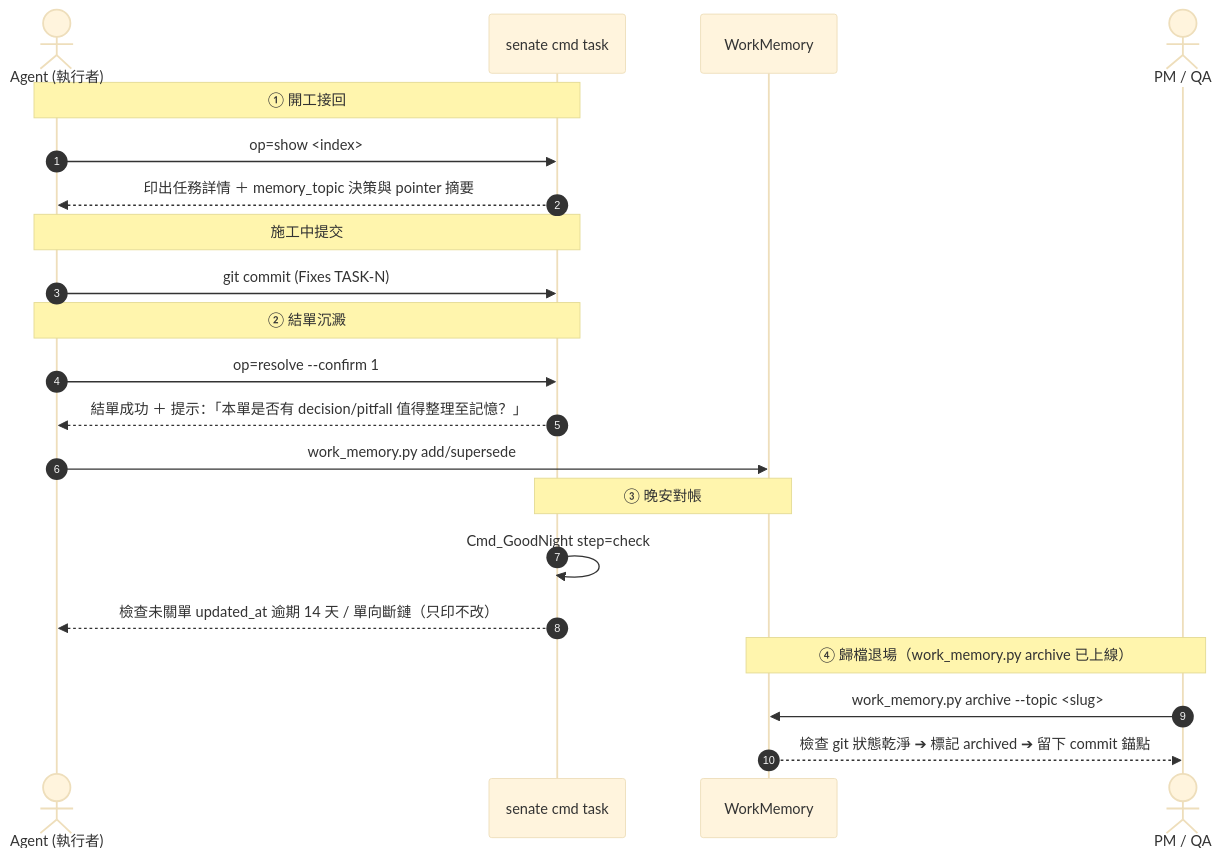
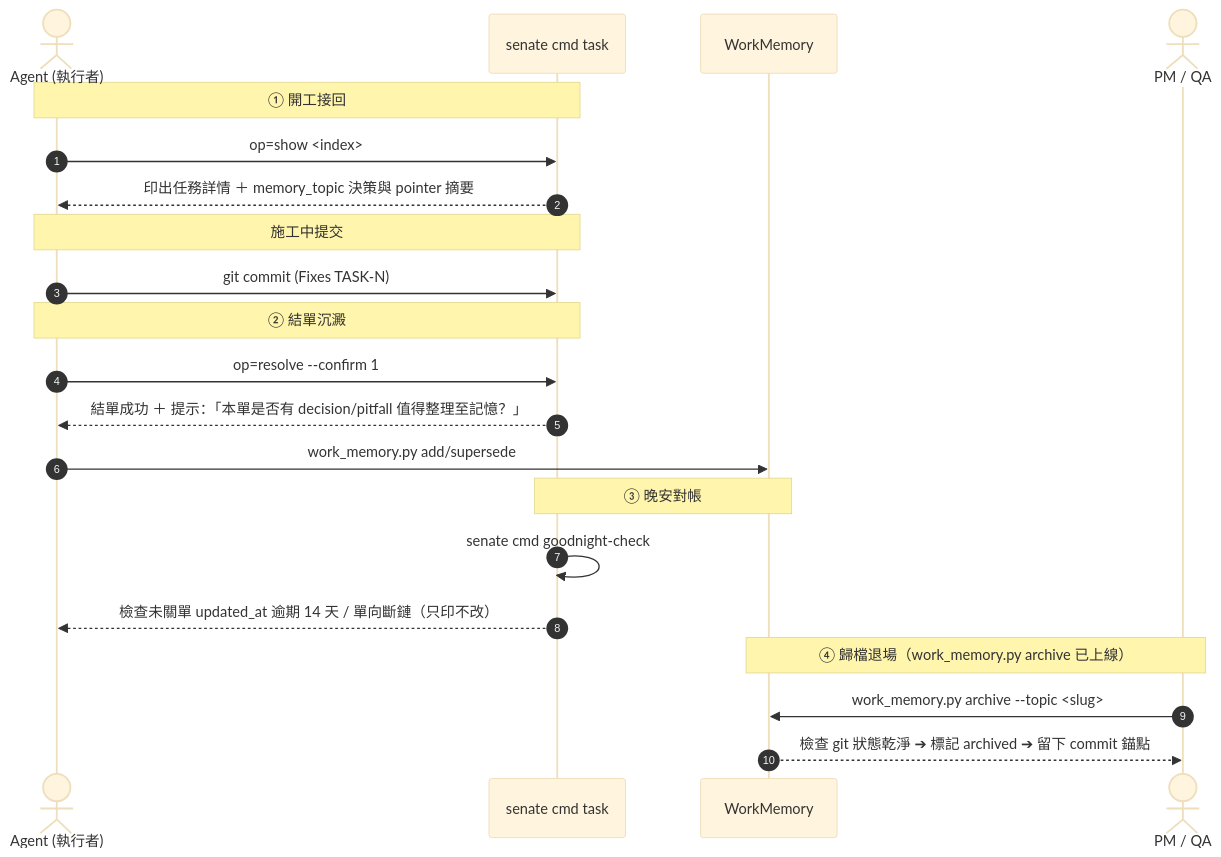
Before and after one commit to tim099/UCL_Core: the diagram in Docs~/zh-Hant/Workflows/Task_Management_Workflow.md, drawn with Mermaid (base theme). The commit also changed other lines of this file and 56 other files, not shown here.

First line of the commit message:
refactor(agentcmd): 刪掉已被 Senate 取代或零呼叫端的 Unity Cmd —— 七支整支刪、早晚安只留 Senate 還在委派的步驟（TASK-0353）

````diff
--- a/Docs~/zh-Hant/Workflows/Task_Management_Workflow.md
+++ b/Docs~/zh-Hant/Workflows/Task_Management_Workflow.md
@@ -389,28 +389,28 @@
 ```mermaid
 sequenceDiagram
     autonumber
     actor Dev as Agent (執行者)
     participant Task as senate cmd task
     participant Memory as WorkMemory
     actor PM as PM / QA
 
     Note over Dev, Task: ① 開工接回
     Dev->>Task: op=show <index>
     Task-->>Dev: 印出任務詳情 ＋ memory_topic 決策與 pointer 摘要
     
     Note over Dev, Task: 施工中提交
     Dev->>Task: git commit (Fixes TASK-N)
     
     Note over Dev, Task: ② 結單沉澱
     Dev->>Task: op=resolve --confirm 1
     Task-->>Dev: 結單成功 ＋ 提示：「本單是否有 decision/pitfall 值得整理至記憶？」
     Dev->>Memory: work_memory.py add/supersede
     
     Note over Task, Memory: ③ 晚安對帳
-    Task->>Task: Cmd_GoodNight step=check
+    Task->>Task: senate cmd goodnight-check
     Task-->>Dev: 檢查未關單 updated_at 逾期 14 天 / 單向斷鏈（只印不改）
     
     Note over PM, Memory: ④ 歸檔退場（work_memory.py archive 已上線）
     PM->>Memory: work_memory.py archive --topic <slug>
     Memory-->>PM: 檢查 git 狀態乾淨 ➔ 標記 archived ➔ 留下 commit 錨點
 ```
````
